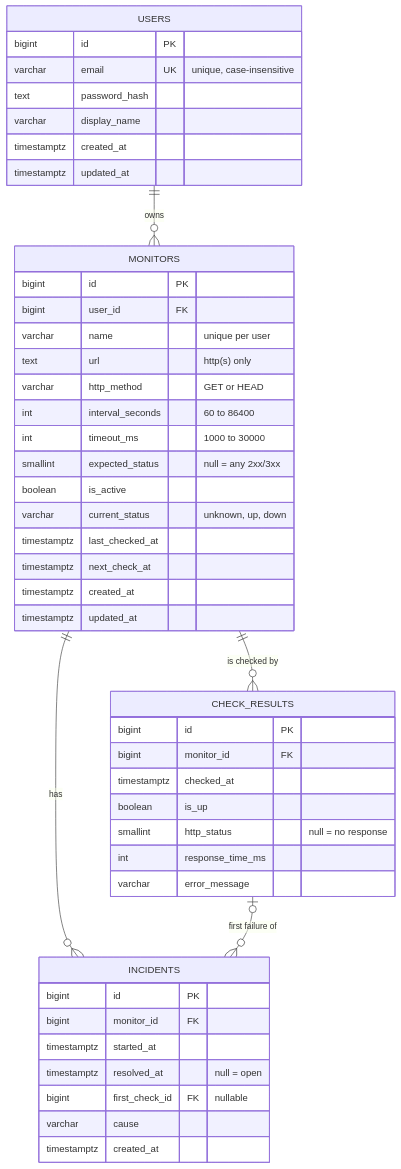
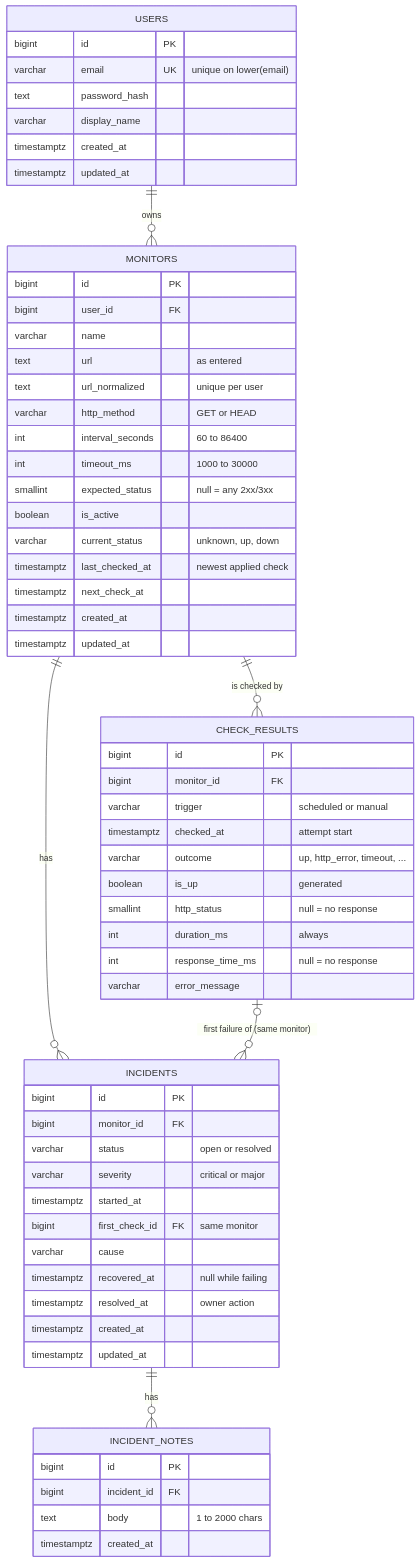
Before and after one commit to carloefrem/techtalks-pulseops: the diagram in docs/database/README.md, drawn with Mermaid. The commit also changed other lines of this file and 2 other files, not shown here.

````diff
--- a/docs/database/README.md
+++ b/docs/database/README.md
@@ -15,50 +30,65 @@
 ```mermaid
 erDiagram
     USERS ||--o{ MONITORS : owns
     MONITORS ||--o{ CHECK_RESULTS : "is checked by"
     MONITORS ||--o{ INCIDENTS : has
-    CHECK_RESULTS |o--o{ INCIDENTS : "first failure of"
+    CHECK_RESULTS |o--o{ INCIDENTS : "first failure of (same monitor)"
+    INCIDENTS ||--o{ INCIDENT_NOTES : has
 
     USERS {
         bigint id PK
-        varchar email UK "unique, case-insensitive"
+        varchar email UK "unique on lower(email)"
         text password_hash
         varchar display_name
         timestamptz created_at
         timestamptz updated_at
     }
     MONITORS {
         bigint id PK
         bigint user_id FK
-        varchar name "unique per user"
-        text url "http(s) only"
+        varchar name
+        text url "as entered"
+        text url_normalized "unique per user"
         varchar http_method "GET or HEAD"
         int interval_seconds "60 to 86400"
         int timeout_ms "1000 to 30000"
         smallint expected_status "null = any 2xx/3xx"
         boolean is_active
         varchar current_status "unknown, up, down"
-        timestamptz last_checked_at
+        timestamptz last_checked_at "newest applied check"
         timestamptz next_check_at
         timestamptz created_at
         timestamptz updated_at
     }
     CHECK_RESULTS {
         bigint id PK
         bigint monitor_id FK
-        timestamptz checked_at
-        boolean is_up
+        varchar trigger "scheduled or manual"
+        timestamptz checked_at "attempt start"
+        varchar outcome "up, http_error, timeout, ..."
+        boolean is_up "generated"
         smallint http_status "null = no response"
-        int response_time_ms
+        int duration_ms "always"
+        int response_time_ms "null = no response"
         varchar error_message
     }
     INCIDENTS {
         bigint id PK
         bigint monitor_id FK
+        varchar status "open or resolved"
+        varchar severity "critical or major"
         timestamptz started_at
-        timestamptz resolved_at "null = open"
-        bigint first_check_id FK "nullable"
+        bigint first_check_id FK "same monitor"
         varchar cause
+        timestamptz recovered_at "null while failing"
+        timestamptz resolved_at "owner action"
+        timestamptz created_at
+        timestamptz updated_at
+    }
+    INCIDENT_NOTES {
+        bigint id PK
+        bigint incident_id FK
+        text body "1 to 2000 chars"
         timestamptz created_at
     }
 ```
````
